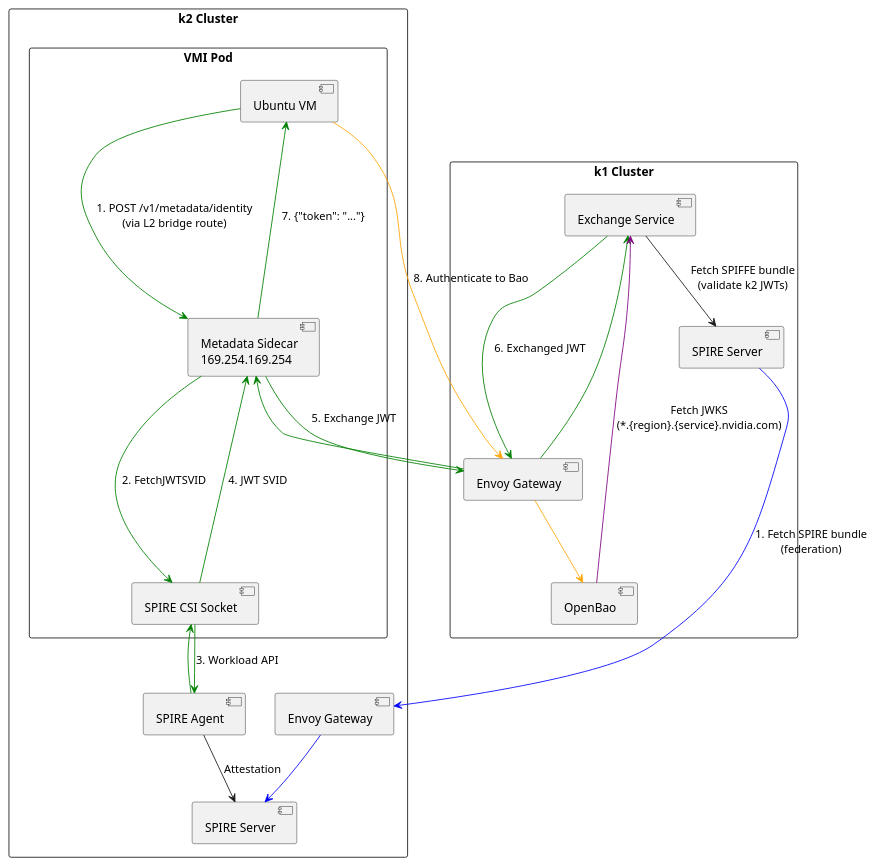
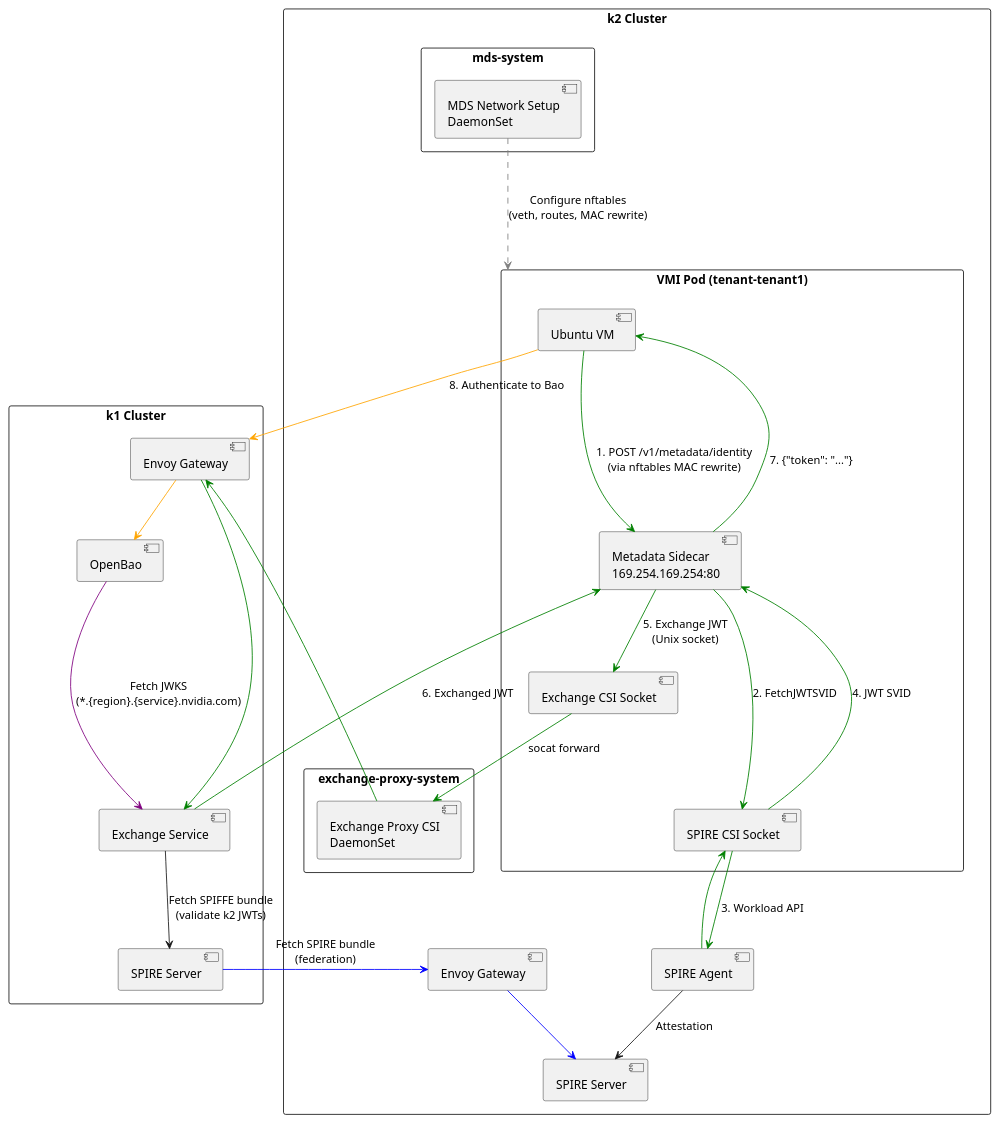
One commit to dsx-ai-factory/nvidia-workload-identity changed the third of 4 diagrams in README.md. Above: the diagram before and after it, drawn with PlantUML. The commit also changed other lines of this file and 48 other files, not shown here.

Commit message:
feat(metadata): kubevirt based networking

````diff
--- a/README.md
+++ b/README.md
@@ -158,55 +181,68 @@
 ```plantuml
 @startuml VM Metadata Sidecar
 
 skinparam packageStyle rectangle
 
 package "k1 Cluster" as K1 {
   [SPIRE Server] as SPIRE1
   [OpenBao] as Bao
   [Exchange Service] as Exchange
   [Envoy Gateway] as GW1
 }
 
 package "k2 Cluster" as K2 {
   [SPIRE Server] as SPIRE2
   [SPIRE Agent] as SpireAgent
   [Envoy Gateway] as GW2
   
-  package "VMI Pod" as VMIPod {
+  package "exchange-proxy-system" as ExchangeNS {
+    [Exchange Proxy CSI\nDaemonSet] as ExchangeCSI
+  }
+  
+  package "mds-system" as MDSNS {
+    [MDS Network Setup\nDaemonSet] as MDSNetwork
+  }
+  
+  package "VMI Pod (tenant-tenant1)" as VMIPod {
     [Ubuntu VM] as VM
-    [Metadata Sidecar\n169.254.169.254] as MetaSidecar
+    [Metadata Sidecar\n169.254.169.254:80] as MetaSidecar
     [SPIRE CSI Socket] as SpireCSI
+    [Exchange CSI Socket] as ExchangeSocket
   }
 }
 
 ' Federation: k1 SPIRE fetches k2's bundle
-SPIRE1 -[#blue]-> GW2 : 1. Fetch SPIRE bundle\n(federation)
+SPIRE1 -[#blue]-> GW2 : Fetch SPIRE bundle\n(federation)
 GW2 -[#blue]-> SPIRE2
 
 ' VM to metadata sidecar flow
-VM -[#green]-> MetaSidecar : 1. POST /v1/metadata/identity\n(via L2 bridge route)
+VM -[#green]-> MetaSidecar : 1. POST /v1/metadata/identity\n(via nftables MAC rewrite)
 MetaSidecar -[#green]-> SpireCSI : 2. FetchJWTSVID
 SpireCSI -[#green]-> SpireAgent : 3. Workload API
 SpireAgent -[#green]--> SpireCSI
 SpireCSI -[#green]--> MetaSidecar : 4. JWT SVID
-MetaSidecar -[#green]-> GW1 : 5. Exchange JWT
+MetaSidecar -[#green]-> ExchangeSocket : 5. Exchange JWT\n(Unix socket)
+ExchangeSocket -[#green]-> ExchangeCSI : socat forward
+ExchangeCSI -[#green]-> GW1
 GW1 -[#green]-> Exchange
-Exchange -[#green]--> GW1 : 6. Exchanged JWT
-GW1 -[#green]--> MetaSidecar
+Exchange -[#green]--> MetaSidecar : 6. Exchanged JWT
 MetaSidecar -[#green]--> VM : 7. {"token": "..."}
 
 ' VM to Bao flow (authenticate)
 VM -[#orange]-> GW1 : 8. Authenticate to Bao
 GW1 -[#orange]-> Bao
 
 ' SPIRE Agent to Server
 SpireAgent --> SPIRE2 : Attestation
 
+' MDS Network Setup configures pod networking
+MDSNetwork ..[#gray].> VMIPod : Configure nftables\n(veth, routes, MAC rewrite)
+
 ' OpenBao JWKS validation
 Bao -[#purple]--> Exchange : Fetch JWKS\n(*.{region}.{service}.nvidia.com)
 
 ' Exchange validates incoming JWTs
 Exchange --> SPIRE1 : Fetch SPIFFE bundle\n(validate k2 JWTs)
 
 @enduml
 ```
````
